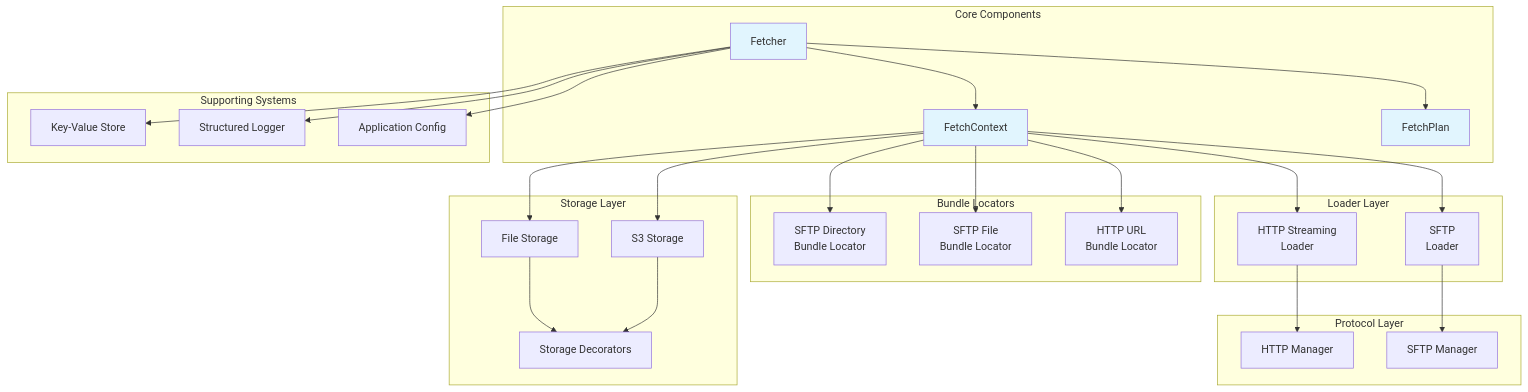
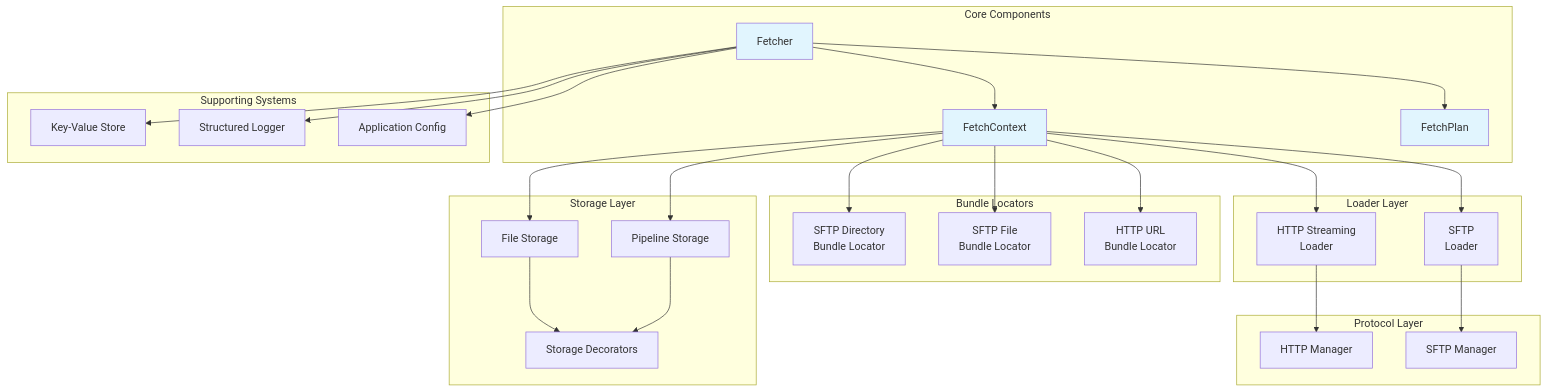
Before and after one commit to oc-ben-ellis/data-fetcher-app: the fourth of 4 diagrams in docs/01_architecture/overview.md, drawn with Mermaid. The commit also changed other lines of this file and 210 other files, not shown here.

First line of the commit message:
refactor: restructure project from monolith to modular multi-package architecture

````diff
--- a/docs/01_architecture/overview.md
+++ b/docs/01_architecture/overview.md
@@ -372,64 +372,64 @@
 ```mermaid
 graph TD
     subgraph "Core Components"
         Fetcher[Fetcher]
         Context[FetchContext]
         Plan[FetchPlan]
     end
 
     subgraph "Bundle Locators"
         Provider1[SFTP Directory<br/>Bundle Locator]
         Provider2[SFTP File<br/>Bundle Locator]
         Provider3[HTTP URL<br/>Bundle Locator]
     end
 
     subgraph "Protocol Layer"
         HttpManager[HTTP Manager]
         SftpManager[SFTP Manager]
     end
 
     subgraph "Loader Layer"
         HttpLoader[HTTP Streaming<br/>Loader]
         SftpLoader[SFTP<br/>Loader]
     end
 
     subgraph "Storage Layer"
         FileStorage[File Storage]
-        S3Storage[S3 Storage]
+        PipelineStorage[Pipeline Storage]
         Decorators[Storage Decorators]
     end
 
     subgraph "Supporting Systems"
         KVStore[Key-Value Store]
         Logger[Structured Logger]
         Config[Application Config]
     end
 
     %% Core relationships
     Fetcher --> Context
     Fetcher --> Plan
     Context --> Provider1
     Context --> Provider2
     Context --> Provider3
     Context --> HttpLoader
     Context --> SftpLoader
     Context --> FileStorage
-    Context --> S3Storage
+    Context --> PipelineStorage
 
     %% Protocol relationships
     HttpLoader --> HttpManager
     SftpLoader --> SftpManager
 
     %% Storage relationships
     FileStorage --> Decorators
-    S3Storage --> Decorators
+    PipelineStorage --> Decorators
 
     %% Supporting relationships
     Fetcher --> KVStore
     Fetcher --> Logger
     Fetcher --> Config
 
     style Fetcher fill:#e1f5fe
     style Context fill:#e1f5fe
     style Plan fill:#e1f5fe
 ```
````
